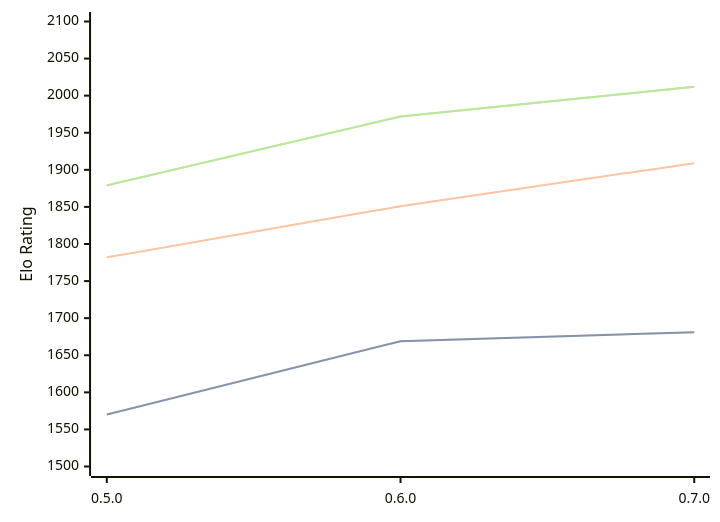
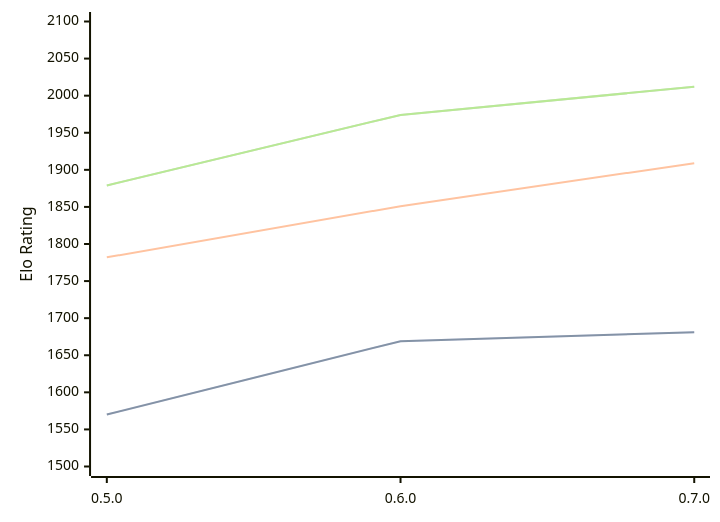
Before and after one commit to computer-chess-index/cci: the diagram in engines/Chess-rs.md, drawn with Mermaid. The commit also changed other lines of this file, not shown here.

Commit message:
Update CCI Ratings (ELO VLTC) - 2026-07-30

````diff
--- a/engines/Chess-rs.md
+++ b/engines/Chess-rs.md
@@ -41,11 +41,11 @@
 ```mermaid
 %%{init: {"theme":"base","themeVariables":{"seriesColors:['#a3a3a3','#222221','#faa371']}}}%%
 xychart-beta
   x-axis ["0.5.0", "0.6.0", "0.7.0"]
   y-axis "Elo Rating" 1500 --> 2100
   line "STC (8.0+0.08s)" [1570, 1669, 1681]
   line "STC (8.0+0.08s)" [1570, 1669, 1681]
   line "LTC (60.0+0.60s)" [1782, 1851, 1909]
-  line "VLTC (2m24s+1.12s)" [1879, 1972, 2012]
-  line "VLTC (2m24s+1.12s)" [1879, 1972, 2012]
+  line "VLTC (2m24s+1.12s)" [1879, 1974, 2012]
+  line "VLTC (2m24s+1.12s)" [1879, 1974, 2012]
 ```
````
